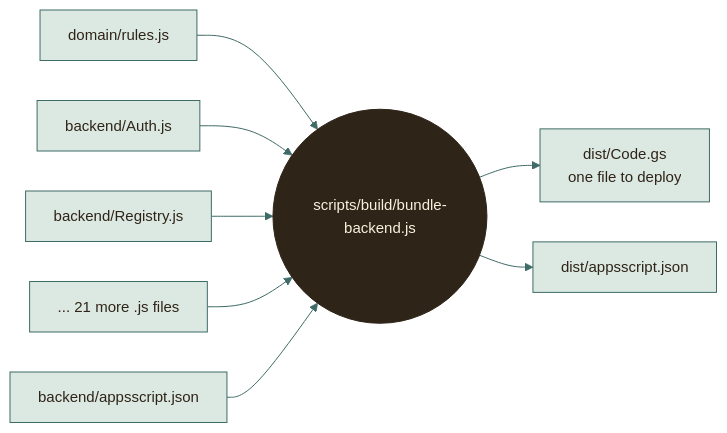
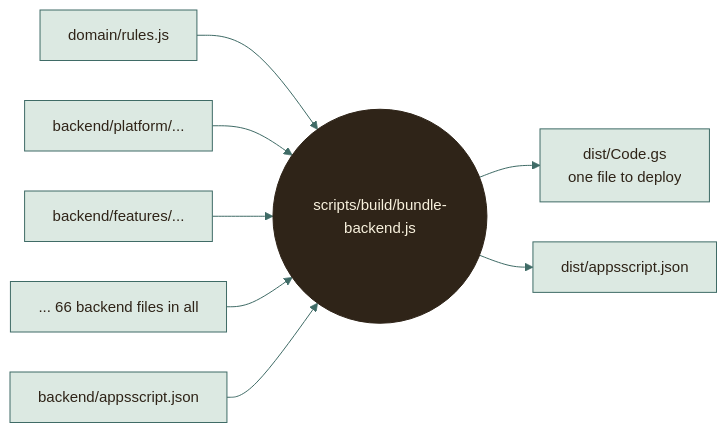
The fourth of 9 diagrams in docs/architecture/WORKAROUNDS.md (moyeh04/forms-platform), drawn with Mermaid before and after one commit. The commit also changed other lines of this file and 7 other files, not shown here.

````diff
--- a/docs/architecture/WORKAROUNDS.md
+++ b/docs/architecture/WORKAROUNDS.md
@@ -235,40 +235,40 @@
 ```mermaid
 %%{init: {
   'theme': 'base',
   'themeVariables': {
     'fontFamily': 'ui-sans-serif, system-ui, -apple-system, Segoe UI, Roboto, sans-serif',
     'fontSize': '15px',
     'primaryColor': '#DCE9E2', 'primaryBorderColor': '#3F6B66', 'primaryTextColor': '#2F2418',
     'secondaryColor': '#F0E4C8', 'secondaryBorderColor': '#C9A24A', 'secondaryTextColor': '#2F2418',
     'tertiaryColor': '#F6EFDC', 'tertiaryBorderColor': '#CDBB94', 'tertiaryTextColor': '#2F2418',
     'lineColor': '#3F6B66', 'textColor': '#2F2418', 'mainBkg': '#DCE9E2', 'nodeBorder': '#3F6B66',
     'clusterBkg': '#F6EFDC', 'clusterBorder': '#CDBB94', 'titleColor': '#2F2418',
     'edgeLabelBackground': '#F8F1DD',
     'actorBkg': '#DCE9E2', 'actorBorder': '#3F6B66', 'actorTextColor': '#2F2418', 'actorLineColor': '#8FB3AB',
     'signalColor': '#477A73', 'signalTextColor': '#477A73',
     'labelBoxBkgColor': '#F0E4C8', 'labelBoxBorderColor': '#C9A24A', 'labelTextColor': '#2F2418', 'loopTextColor': '#6A5A44',
     'noteBkgColor': '#FBEFC9', 'noteBorderColor': '#C9A24A', 'noteTextColor': '#2F2418',
     'activationBkgColor': '#DCE9E2', 'activationBorderColor': '#3F6B66', 'sequenceNumberColor': '#F8F1DD',
     'transitionColor': '#3F6B66', 'stateLabelColor': '#2F2418', 'stateBkg': '#DCE9E2', 'altBackground': '#F6EFDC',
     'attributeBackgroundColorOdd': '#F8F1DD', 'attributeBackgroundColorEven': '#F0E4C8'
   },
   'flowchart': {'curve': 'basis', 'padding': 14, 'nodeSpacing': 40, 'rankSpacing': 46},
   'sequence': {'mirrorActors': false, 'messageMargin': 34, 'boxMargin': 8}
 }}%%
 flowchart LR
     r["domain/rules.js"] --> bundle
-    b1["backend/Auth.js"] --> bundle
-    b2["backend/Registry.js"] --> bundle
-    b3["... 21 more .js files"] --> bundle
+    b1["backend/platform/..."] --> bundle
+    b2["backend/features/..."] --> bundle
+    b3["... 66 backend files in all"] --> bundle
     bundle(("scripts/build/bundle-backend.js"))
     bundle --> out["dist/Code.gs<br/>one file to deploy"]
     manifest["backend/appsscript.json"] --> bundle
     bundle --> out2["dist/appsscript.json"]
     classDef cDb fill:#F3E2B3,stroke:#B8892D,stroke-width:1.5px,color:#2F2418
     classDef cActor fill:#F4D9D3,stroke:#9A3328,stroke-width:1.5px,color:#2F2418
     classDef cDec fill:#FBEFC9,stroke:#C9A24A,stroke-width:1.5px,color:#2F2418
     classDef cEnd fill:#2F2418,stroke:#2F2418,color:#F8F1DD
     classDef cErr fill:#F6D5CF,stroke:#A12B1F,stroke-width:1.5px,color:#5A140C
     classDef cOk fill:#BFD9CF,stroke:#2E5A55,stroke-width:1.5px,color:#17302D
     class bundle cEnd
 ```
````
